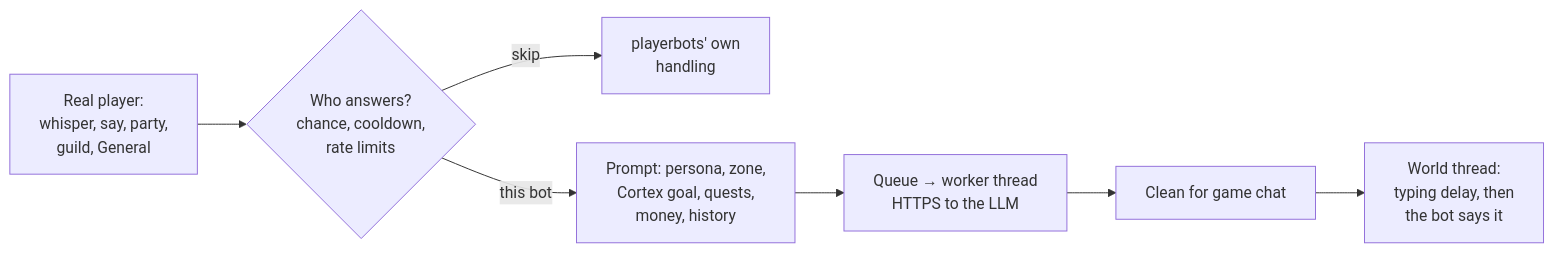
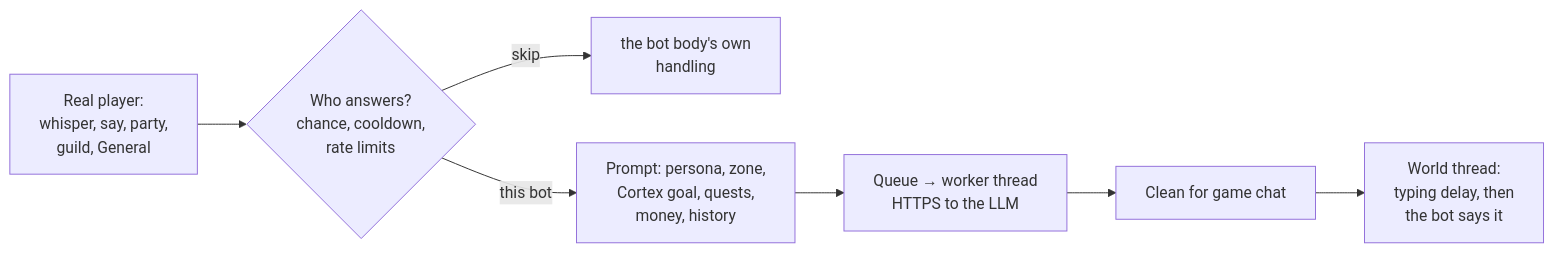
One commit to italicninja/mod-cortex-chat changed the diagram in README.md. Above: the diagram before and after it, drawn with Mermaid. The commit also changed other lines of this file and 1 other file, not shown here.

First line of the commit message:
Docs: needs only mod-cortex; the bot body's chat hook (CortexChatHook) replaces the playerbots patches

````diff
--- a/README.md
+++ b/README.md
@@ -34,9 +34,9 @@
 ```mermaid
 flowchart LR
     A[Real player:<br>whisper, say, party,<br>guild, General] --> B{Who answers?<br>chance, cooldown,<br>rate limits}
-    B -- skip --> X[playerbots' own<br>handling]
+    B -- skip --> X[the bot body's own<br>handling]
     B -- this bot --> C[Prompt: persona, zone,<br>Cortex goal, quests,<br>money, history]
     C --> D[Queue → worker thread<br>HTTPS to the LLM]
     D --> E[Clean for game chat]
     E --> F[World thread:<br>typing delay, then<br>the bot says it]
 ```
````
